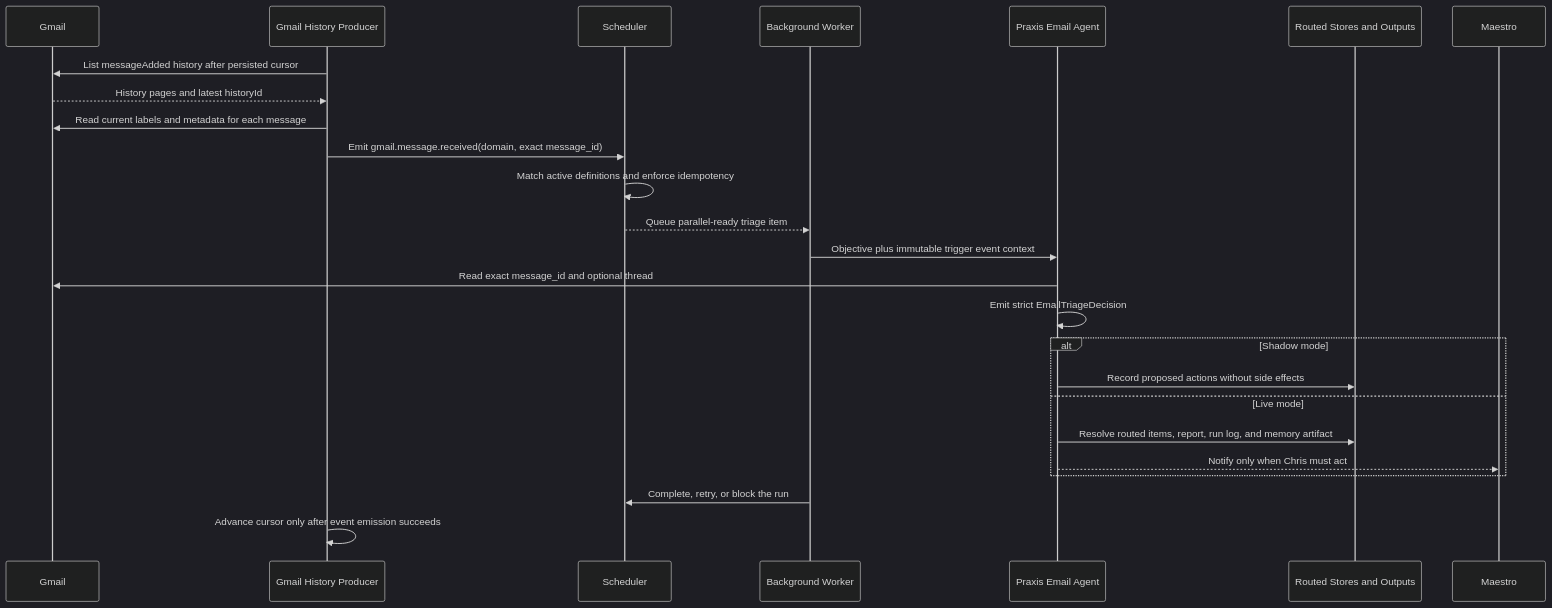
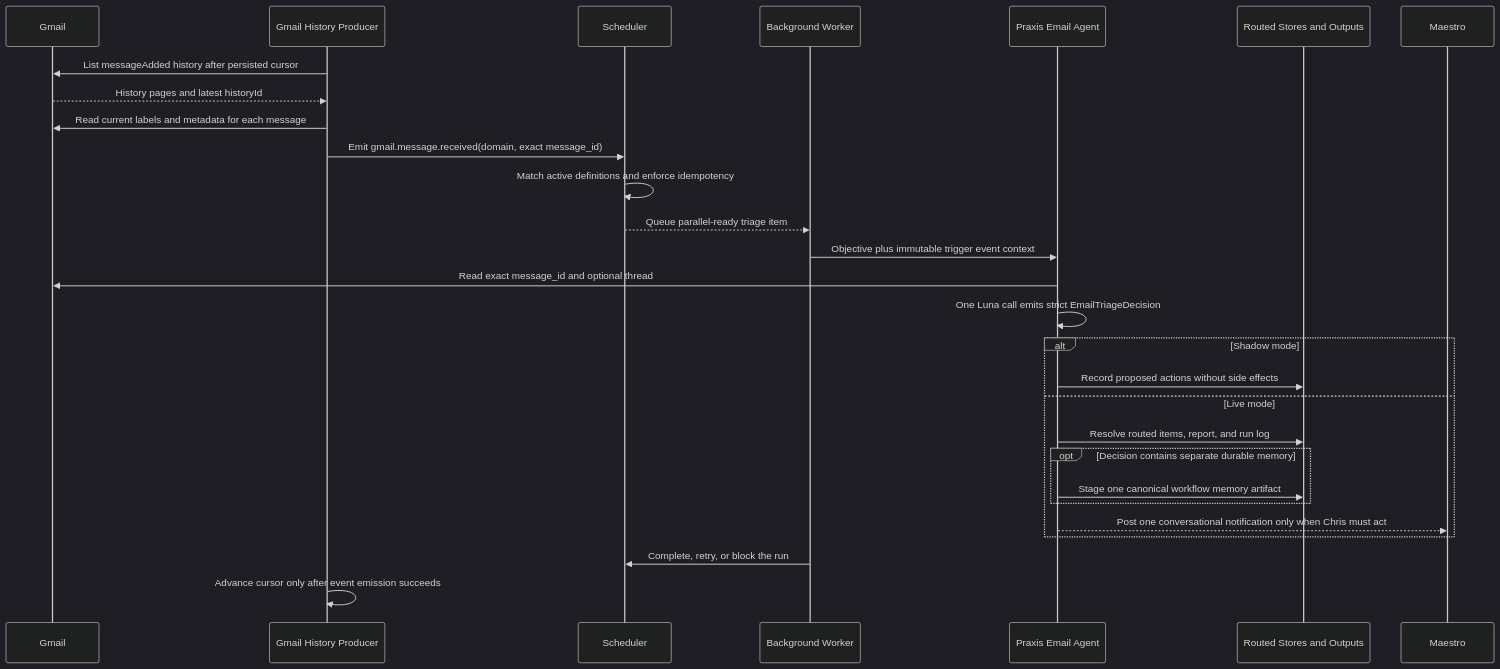
One commit to Caliperti1/Maestro changed the diagram in tests/behavior/004_durable_praxis_email_triage.md. Above: the diagram before and after it, drawn with Mermaid (dark theme). The commit also changed other lines of this file and 19 other files, not shown here.

Commit message:
Harden durable email runtime costs and outputs

````diff
--- a/tests/behavior/004_durable_praxis_email_triage.md
+++ b/tests/behavior/004_durable_praxis_email_triage.md
@@ -54,28 +60,31 @@
 ```mermaid
 sequenceDiagram
     participant Gmail
     participant Trigger as Gmail History Producer
     participant Scheduler
     participant Worker as Background Worker
     participant Agent as Praxis Email Agent
     participant Outputs as Routed Stores and Outputs
     participant Maestro
 
     Trigger->>Gmail: List messageAdded history after persisted cursor
     Gmail-->>Trigger: History pages and latest historyId
     Trigger->>Gmail: Read current labels and metadata for each message
     Trigger->>Scheduler: Emit gmail.message.received(domain, exact message_id)
     Scheduler->>Scheduler: Match active definitions and enforce idempotency
     Scheduler-->>Worker: Queue parallel-ready triage item
     Worker->>Agent: Objective plus immutable trigger event context
     Agent->>Gmail: Read exact message_id and optional thread
-    Agent->>Agent: Emit strict EmailTriageDecision
+    Agent->>Agent: One Luna call emits strict EmailTriageDecision
     alt Shadow mode
         Agent->>Outputs: Record proposed actions without side effects
     else Live mode
-        Agent->>Outputs: Resolve routed items, report, run log, and memory artifact
-        Agent-->>Maestro: Notify only when Chris must act
+        Agent->>Outputs: Resolve routed items, report, and run log
+        opt Decision contains separate durable memory
+            Agent->>Outputs: Stage one canonical workflow memory artifact
+        end
+        Agent-->>Maestro: Post one conversational notification only when Chris must act
     end
     Worker->>Scheduler: Complete, retry, or block the run
     Trigger->>Trigger: Advance cursor only after event emission succeeds
 ```
````
